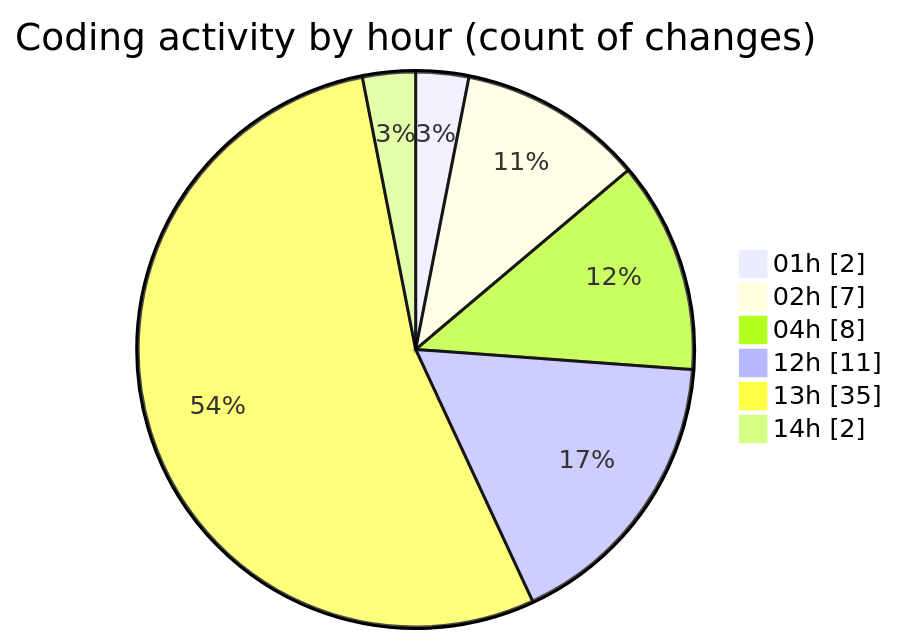
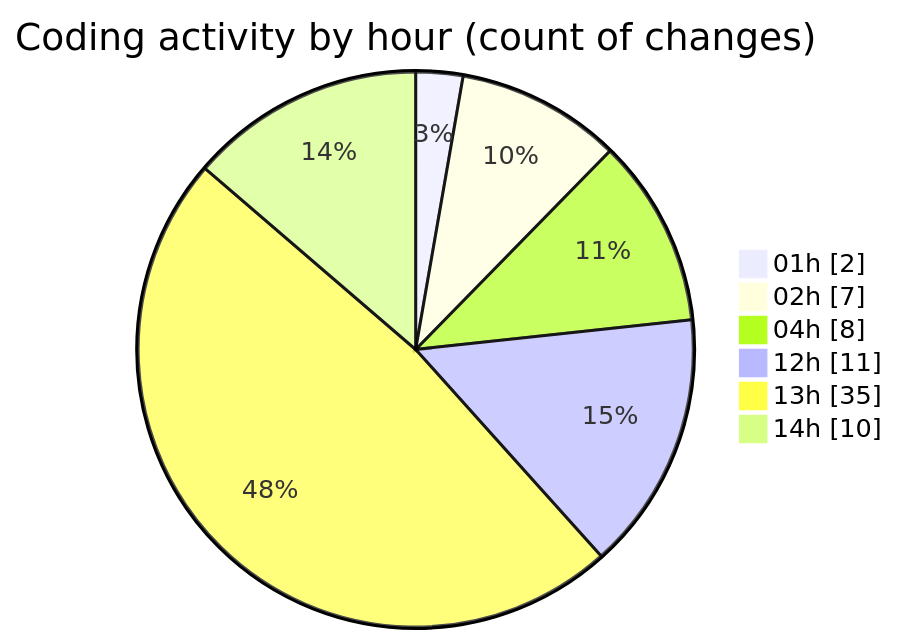
Before and after one commit to lephambinh05/code-tracking: the second of 2 diagrams in 2025-08-11/rentotp/README.md, drawn with Mermaid. The commit also changed other lines of this file and 1 other file, not shown here.

````diff
--- a/2025-08-11/rentotp/README.md
+++ b/2025-08-11/rentotp/README.md
@@ -43,10 +45,10 @@
 ```mermaid
 pie showData
 title Coding activity by hour (count of changes)
 "01h" : 2
 "02h" : 7
 "04h" : 8
 "12h" : 11
 "13h" : 35
-"14h" : 2
+"14h" : 10
 ```
````
